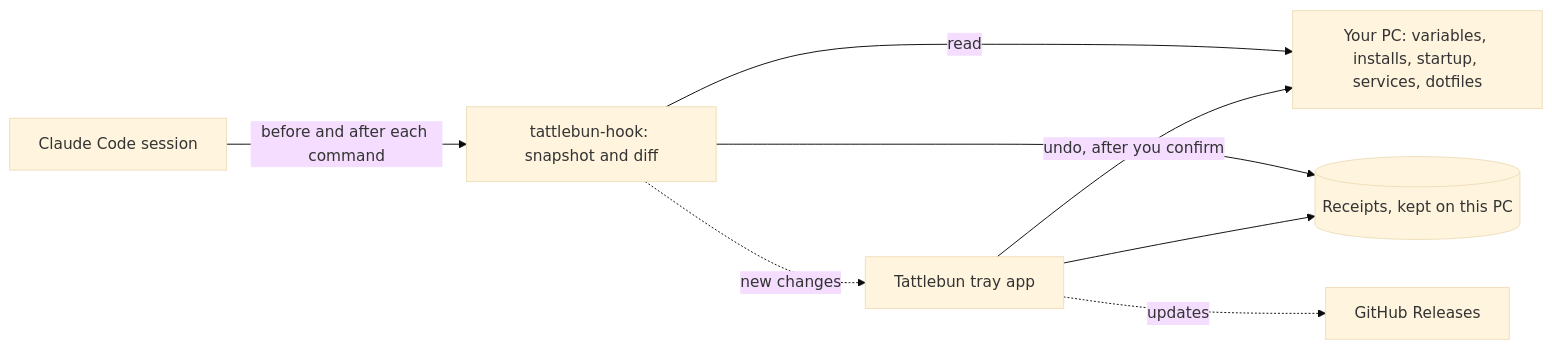
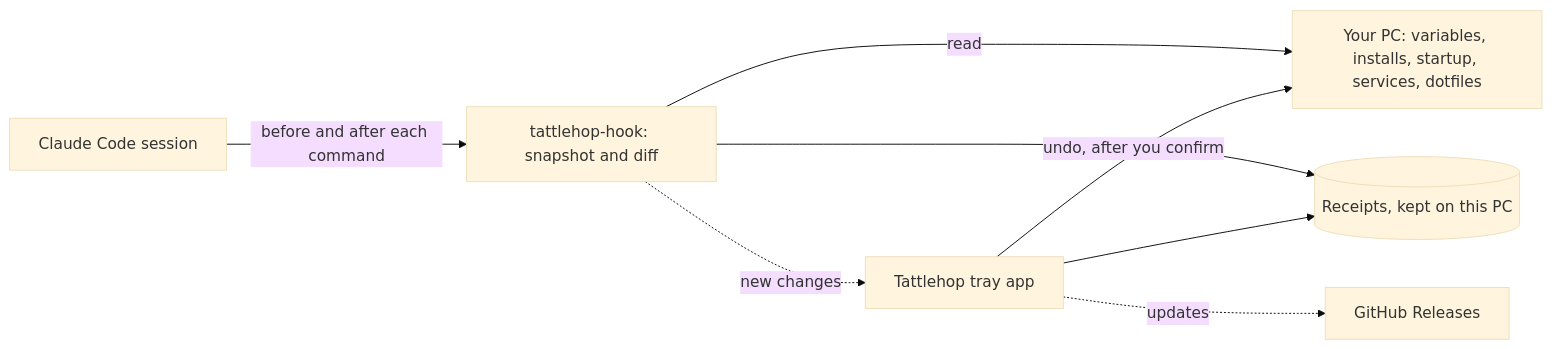
One commit to hazeliscoding/tattlebun changed the diagram in README.md. Above: the diagram before and after it, drawn with Mermaid (base theme). The commit also changed other lines of this file and 79 other files, not shown here.

First line of the commit message:
refactor: rename Tattlebun to Tattlehop

````diff
--- a/README.md
+++ b/README.md
@@ -57,10 +57,10 @@
 ```mermaid
 flowchart LR
-    agent["Claude Code session"] -- "before and after each command" --> hook["tattlebun-hook: snapshot and diff"]
+    agent["Claude Code session"] -- "before and after each command" --> hook["tattlehop-hook: snapshot and diff"]
     hook -- "read" --> pc["Your PC: variables, installs, startup, services, dotfiles"]
     hook --> db[("Receipts, kept on this PC")]
-    hook -. "new changes" .-> tray["Tattlebun tray app"]
+    hook -. "new changes" .-> tray["Tattlehop tray app"]
     tray --> db
     tray -. "updates" .-> releases["GitHub Releases"]
     tray -- "undo, after you confirm" --> pc
 ```
````
